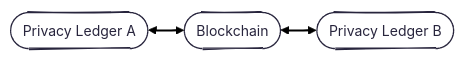
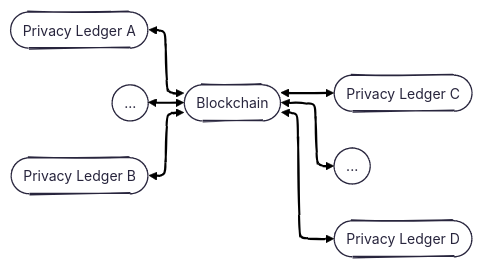
The first of 2 diagrams in enygma_payments/README.md (raylsnetwork/Enygma), drawn with Mermaid before and after one commit.

````diff
--- a/enygma_payments/README.md
+++ b/enygma_payments/README.md
@@ -5,14 +5,19 @@
 ```mermaid
 ---
 config:
   theme: redux
   layout: elk
   look: handDrawn
 ---
 flowchart LR
-    PLA(["Privacy Ledger A"])
+    PL1(["Privacy Ledger A"])
+    PL2(["..."])
+    PL3(["Privacy Ledger B"])
+
     B(["Blockchain"])
-    PLB(["Privacy Ledger B"])
+    PL4(["Privacy Ledger C"])
+    PL5(["..."])
+    PL6(["Privacy Ledger D"])
 
-    PLA <--> B <--> PLB
+    PL1 & PL2 & PL3 <--> B <--> PL4 & PL5 & PL6
 ```
````
